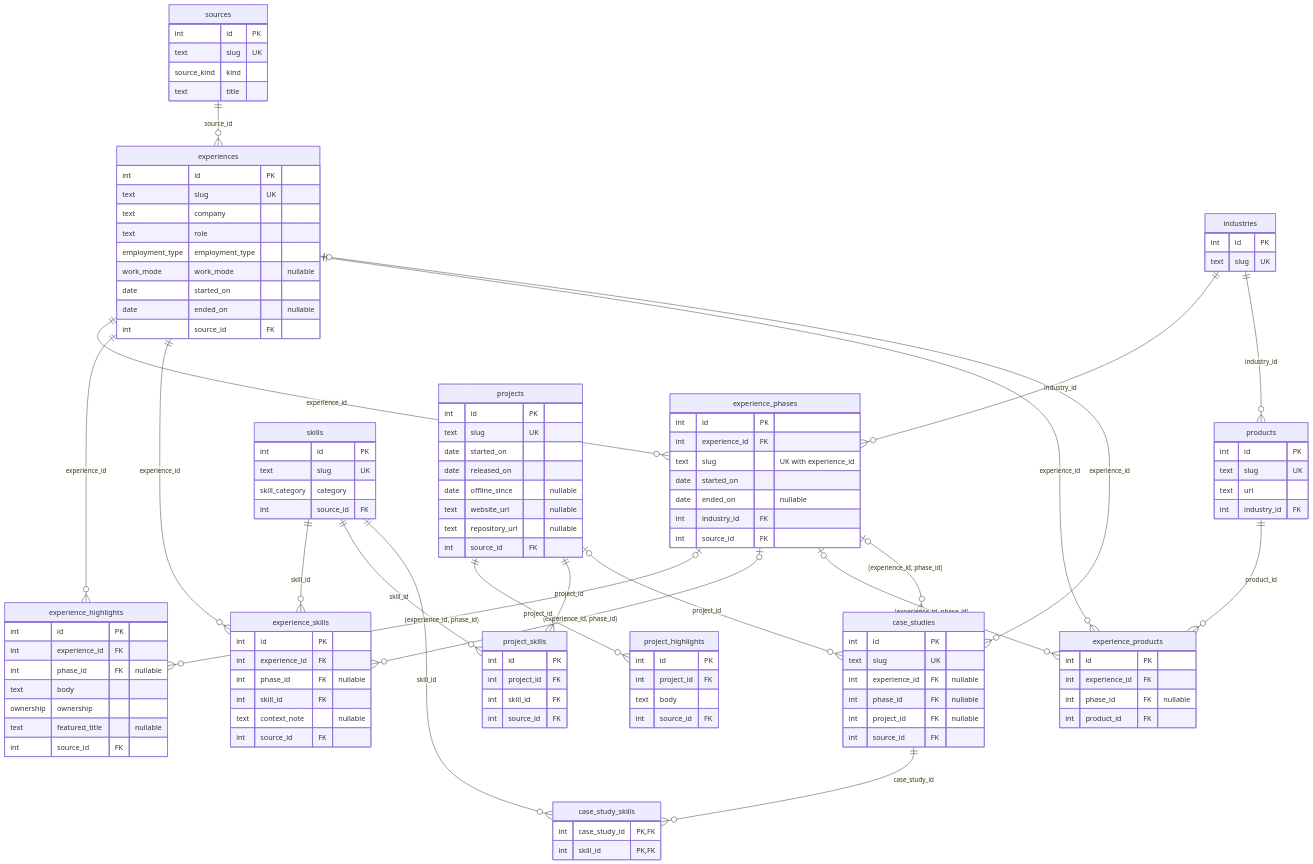
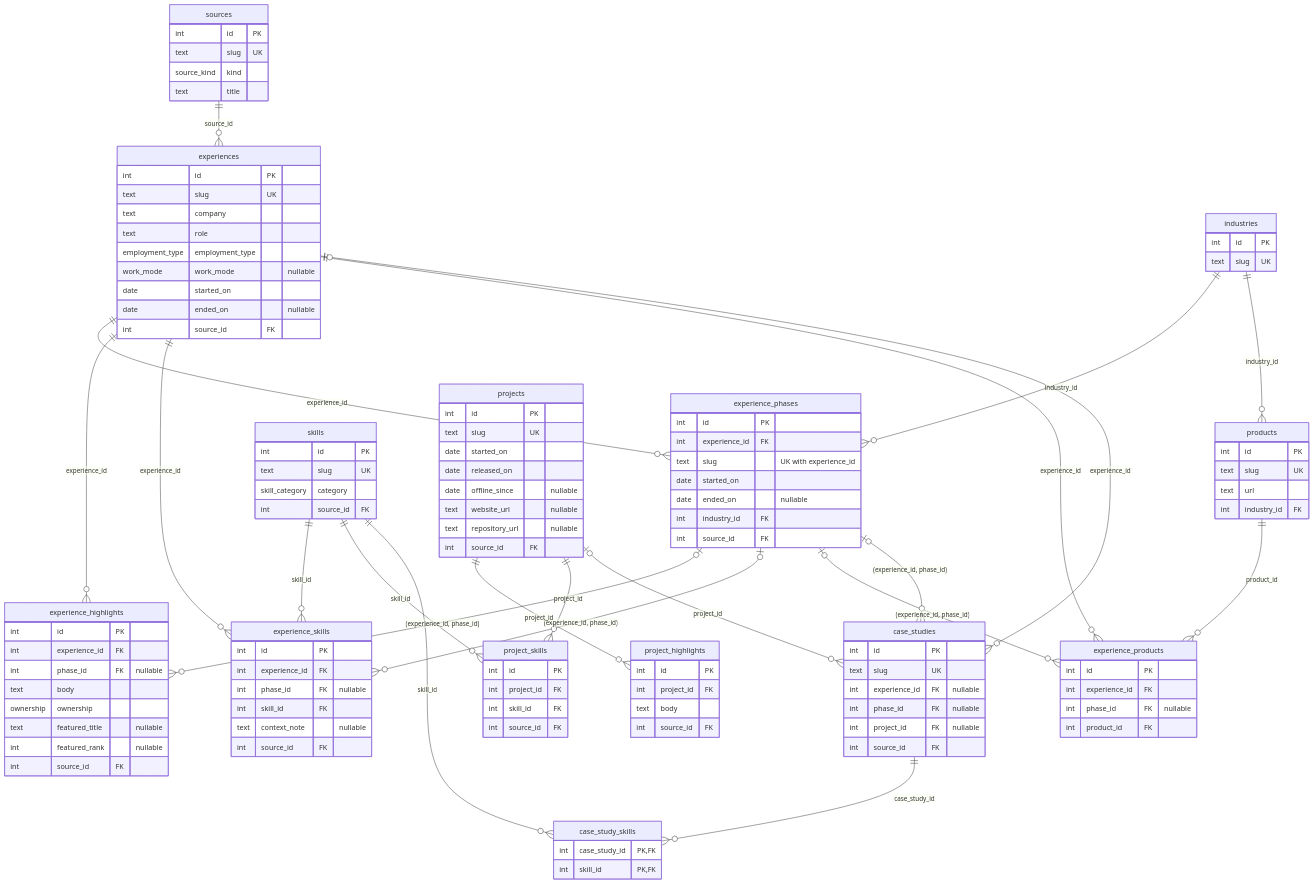
One commit to mirelnan2026/portfolio changed the diagram in packages/db/README.md. Above: the diagram before and after it, drawn with Mermaid. The commit also changed other lines of this file and 29 other files, not shown here.

```diff
--- a/packages/db/README.md
+++ b/packages/db/README.md
@@ -84,6 +84,7 @@
         text body
         ownership ownership
         text featured_title "nullable"
+        int featured_rank "nullable"
         int source_id FK
     }
     experience_skills {
```
